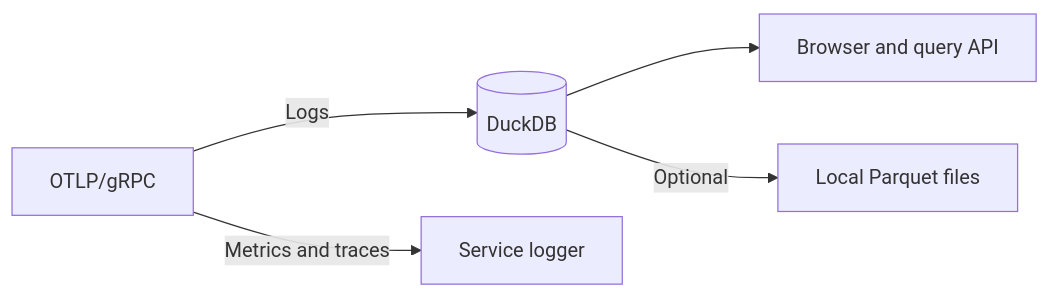
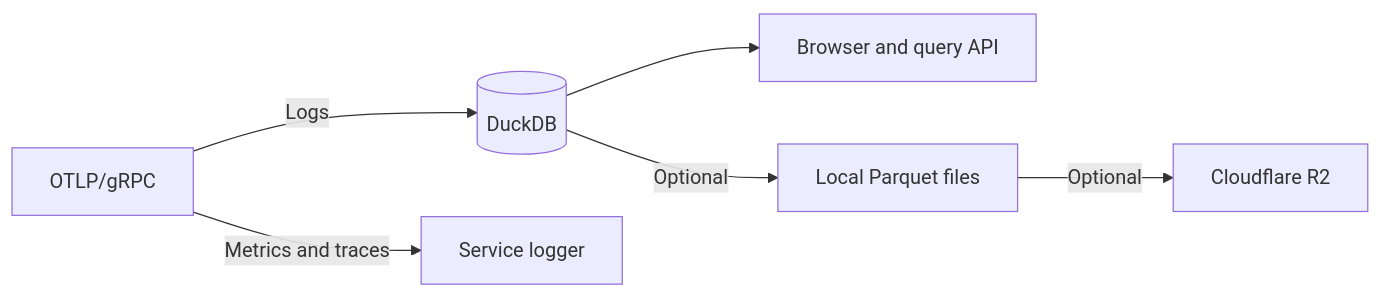
One commit to alexfalkowski/einblick changed the diagram in README.md. Above: the diagram before and after it, drawn with Mermaid. The commit also changed other lines of this file and 67 other files, not shown here.

````diff
--- a/README.md
+++ b/README.md
@@ -40,9 +40,10 @@
 ```mermaid
 flowchart LR
     accTitle: Telemetry in Einblick today
-    accDescr: OTLP logs are stored in DuckDB for recent-log queries and optional Parquet staging. Metrics and traces are printed and discarded.
+    accDescr: OTLP logs are stored in DuckDB for recent-log queries and optional Parquet archival to R2. Metrics and traces are printed and discarded.
     OTLP["OTLP/gRPC"] -->|Logs| DB[(DuckDB)]
     OTLP -->|Metrics and traces| Logger[Service logger]
     DB --> Queries[Browser and query API]
     DB -->|Optional| Parquet[Local Parquet files]
+    Parquet -->|Optional| R2[Cloudflare R2]
 ```
````
